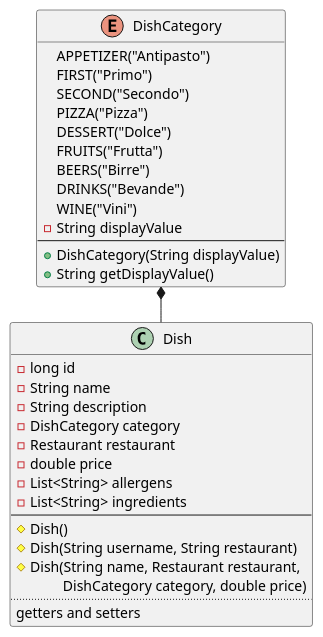
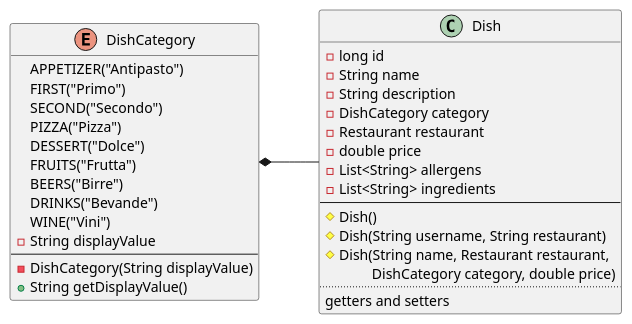
Before and after one commit to TommasoScalici/FoodDelivery: the diagram in src/main/java/unipa/fooddelivery/diagrams/class/dish.wsd, drawn with PlantUML. The commit also changed 11 other files, not shown here.

Commit message:
Class diagrams fixed and completed

```diff
--- a/src/main/java/unipa/fooddelivery/diagrams/class/dish.wsd
+++ b/src/main/java/unipa/fooddelivery/diagrams/class/dish.wsd
@@ -1,38 +1,38 @@
-@startuml user
+@startuml dish
 left to right direction
 class Dish {
   -long id
   -String name
   -String description
   -DishCategory category
   -Restaurant restaurant
   -double price
   -List<String> allergens
   -List<String> ingredients
   --
   #Dish()
   #Dish(String username, String restaurant)
   #Dish(String name, Restaurant restaurant, 
   \t DishCategory category, double price)
   ..
   getters and setters
 }
 
 enum DishCategory{
     APPETIZER("Antipasto")
     FIRST("Primo")
     SECOND("Secondo")
     PIZZA("Pizza")
     DESSERT("Dolce")
     FRUITS("Frutta")
     BEERS("Birre")
     DRINKS("Bevande")
     WINE("Vini")
     -String displayValue
     --
-    +DishCategory(String displayValue)
+    -DishCategory(String displayValue)
     +String getDisplayValue()
 }
 
-DishCategory *- Dish
+DishCategory *-- Dish
 @enduml
```
